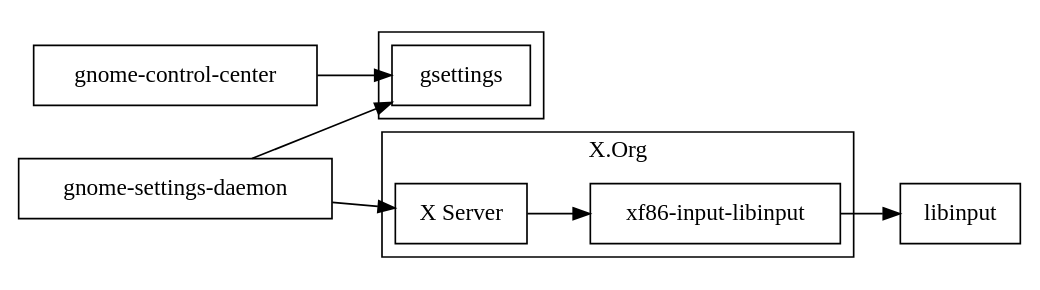
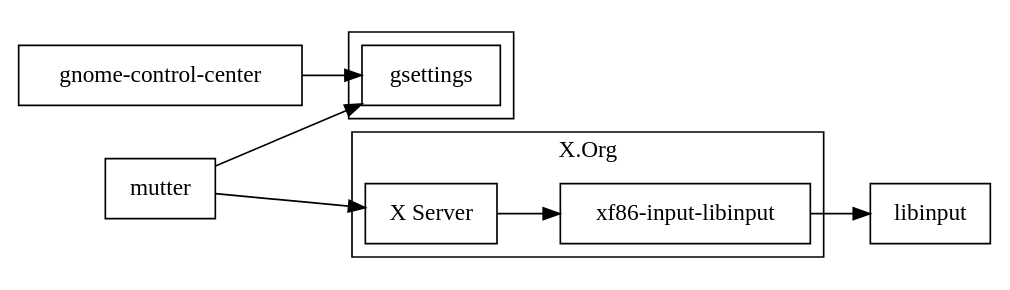
Before and after one commit to sizeofvoid/libopeninput: the diagram in doc/dot/libinput-stack-gnome.gv, drawn with Graphviz.

Commit message:
doc: update the GNOME stack graph
These days it's mutter that controls the input devices, not g-s-d.

```diff
--- a/doc/dot/libinput-stack-gnome.gv
+++ b/doc/dot/libinput-stack-gnome.gv
@@ -1,30 +1,30 @@
 digraph stack
 {
   compound=true;
   rankdir="LR";
   node [
     shape="box";
   ]
 
   gcc -> gsettings
 
   xf86libinput -> libinput
 
   subgraph cluster0 {
     label="X.Org";
     xf86libinput [label="xf86-input-libinput"];
     xserver [label="X Server"];
     xserver -> xf86libinput;
   }
 
   gcc [label="gnome-control-center"];
 
   subgraph cluster3 {
     gsettings
   }
 
-  gsd [label="gnome-settings-daemon"];
+  gsd [label="mutter"];
 
   gsd -> gsettings
   gsd -> xserver
 }
```
